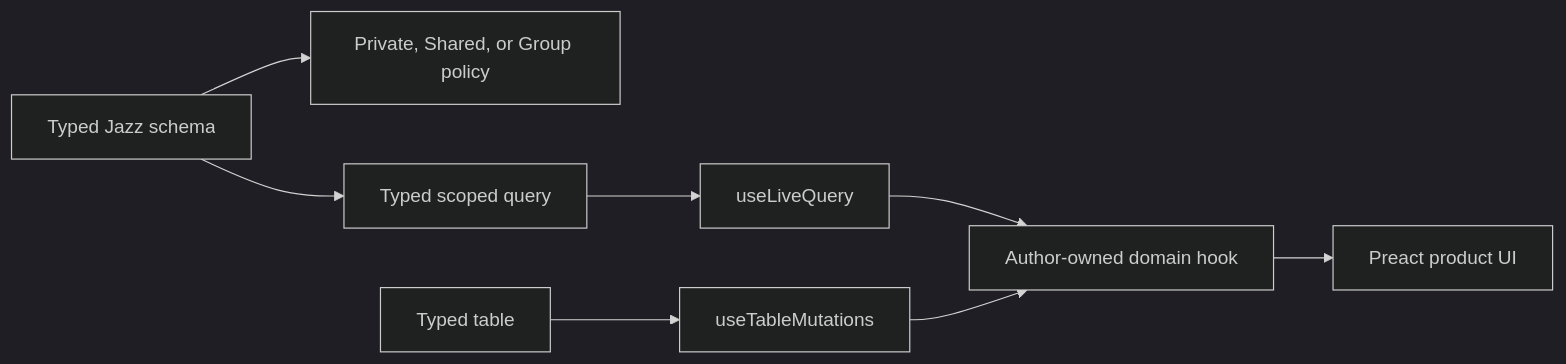
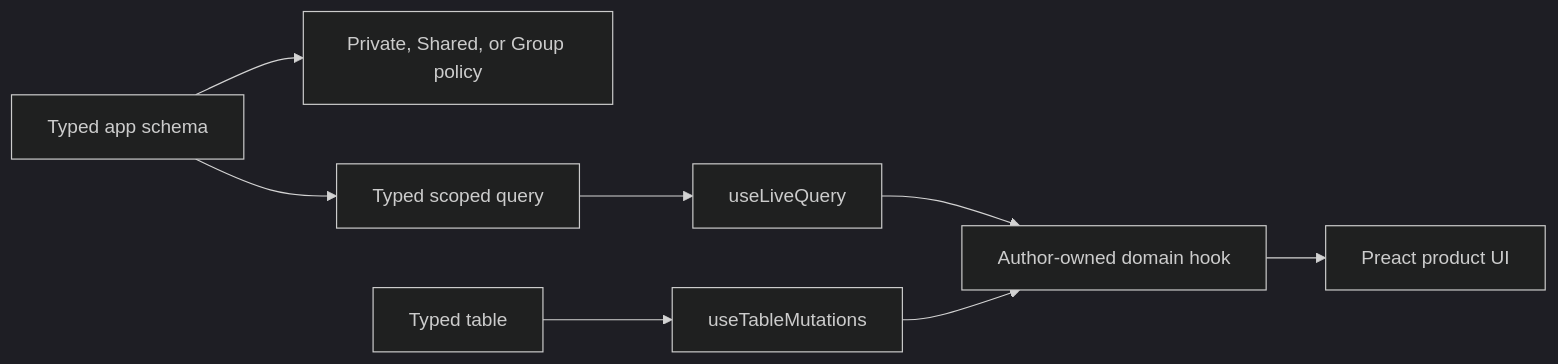
The diagram in docs/data-and-ui.md (FelineStateMachine/lofi), drawn with Mermaid (dark theme) before and after one commit. The commit also changed other lines of this file and 22 other files, not shown here.

First line of the commit message:
feat(schema): Jazz schema facade + alpha.53 conformance suite

````diff
--- a/docs/data-and-ui.md
+++ b/docs/data-and-ui.md
@@ -6,10 +7,10 @@
 ```mermaid
 flowchart LR
-    Schema["Typed Jazz schema"] --> Policy["Private, Shared, or Group policy"]
+    Schema["Typed app schema"] --> Policy["Private, Shared, or Group policy"]
     Schema --> Query["Typed scoped query"]
     Query --> Live["useLiveQuery"]
     Table["Typed table"] --> Mutations["useTableMutations"]
     Live --> Domain["Author-owned domain hook"]
     Mutations --> Domain
     Domain --> UI["Preact product UI"]
 ```
````
